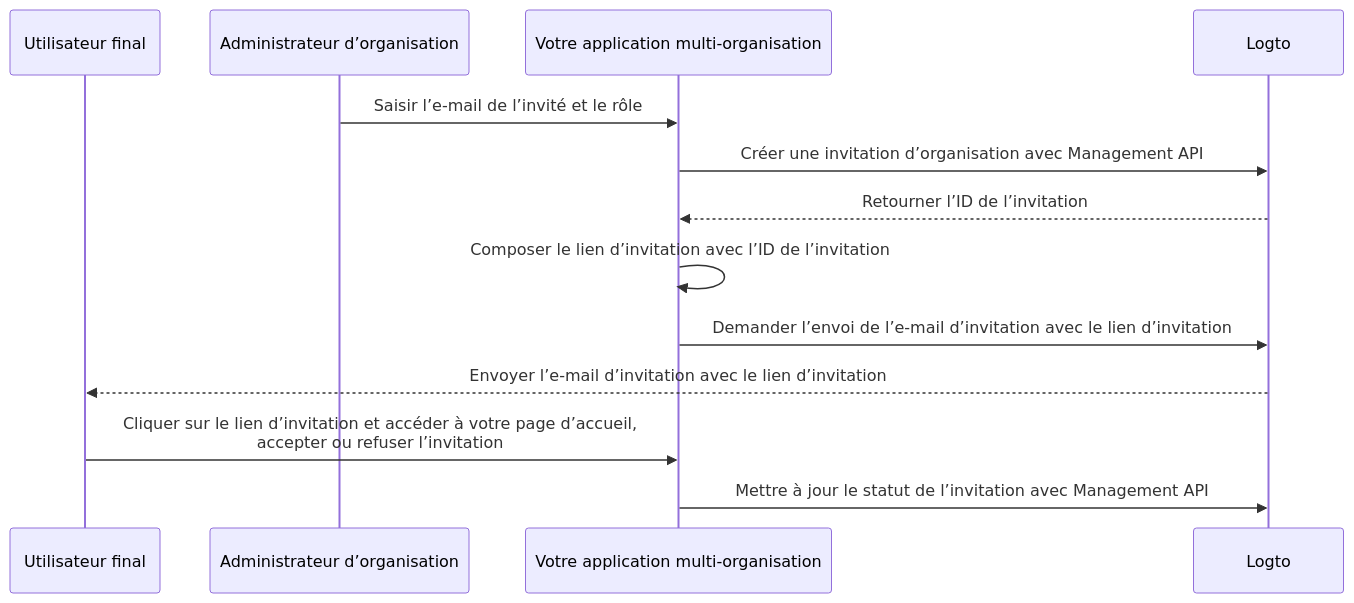
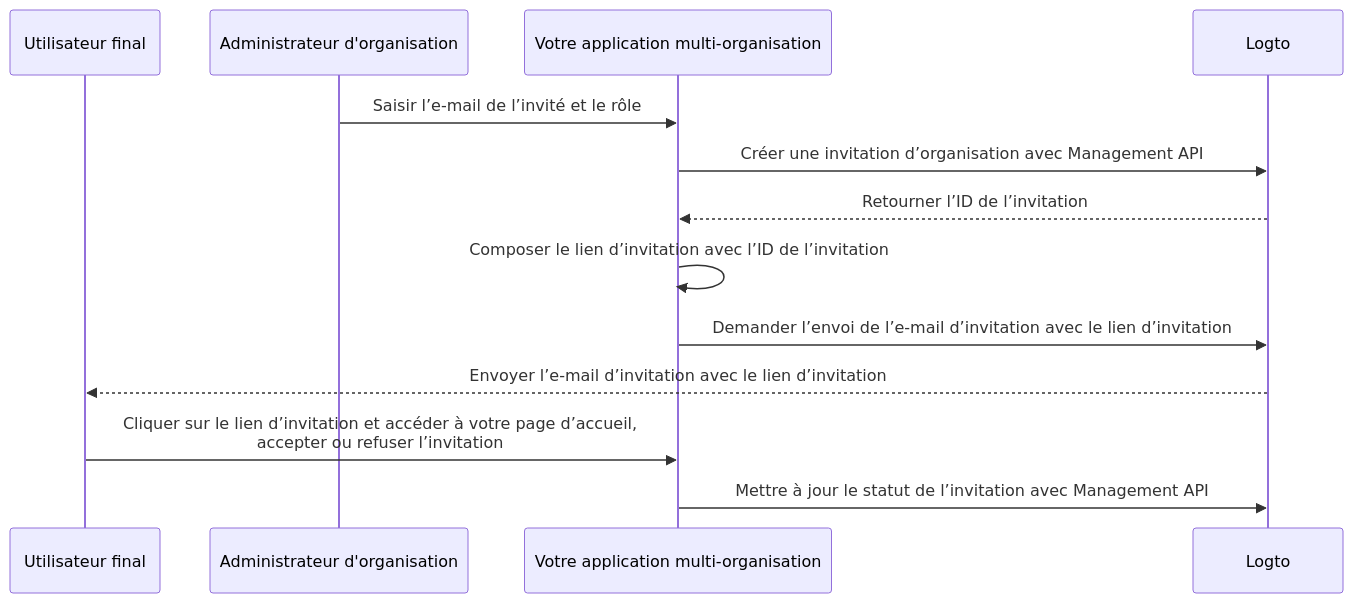
One commit to logto-io/docs changed the diagram in i18n/fr/docusaurus-plugin-content-docs/current/end-user-flows/organization-experience/invite-organization-members.mdx. Above: the diagram before and after it, drawn with Mermaid. The commit also changed other lines of this file and 35 other files, not shown here.

````diff
--- a/i18n/fr/docusaurus-plugin-content-docs/current/end-user-flows/organization-experience/invite-organization-members.mdx
+++ b/i18n/fr/docusaurus-plugin-content-docs/current/end-user-flows/organization-experience/invite-organization-members.mdx
@@ -13,16 +13,16 @@
 ```mermaid
 sequenceDiagram
 	Participant U as Utilisateur final
-  Participant A as Administrateur d’organisation
-  Participant C as Votre application multi‑organisation
+  Participant A as Administrateur d'organisation
+  Participant C as Votre application multi-organisation
 	Participant L as Logto
 
   A ->> C: Saisir l’e-mail de l’invité et le rôle
   C ->> L: Créer une invitation d’organisation avec Management API
   L -->> C: Retourner l’ID de l’invitation
   C ->> C: Composer le lien d’invitation avec l’ID de l’invitation
   C ->> L: Demander l’envoi de l’e-mail d’invitation avec le lien d’invitation
   L -->> U: Envoyer l’e-mail d’invitation avec le lien d’invitation
   U ->> C: Cliquer sur le lien d’invitation et accéder à votre page d’accueil,<br /> accepter ou refuser l’invitation
   C ->> L: Mettre à jour le statut de l’invitation avec Management API
 ```
````
